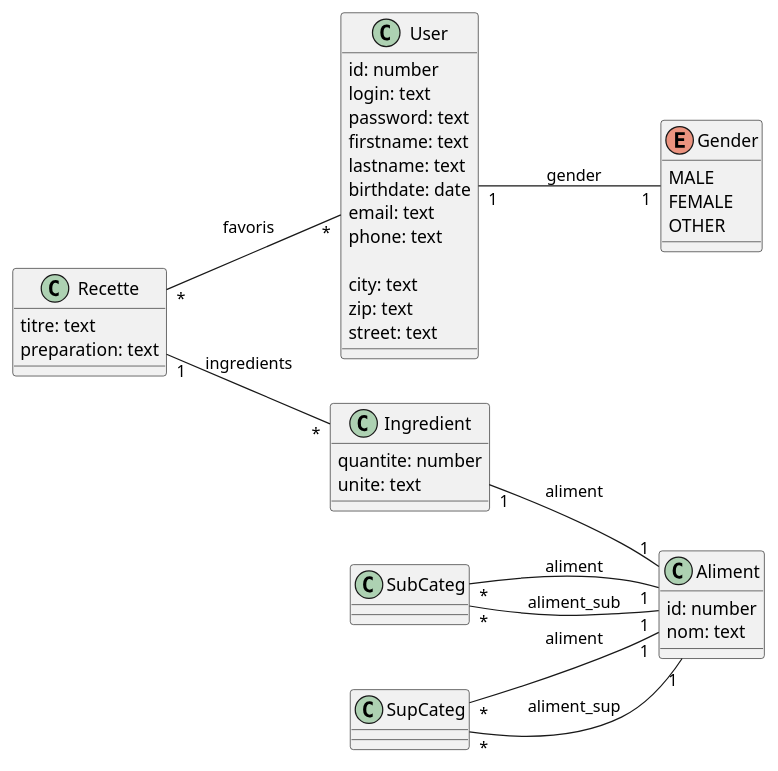
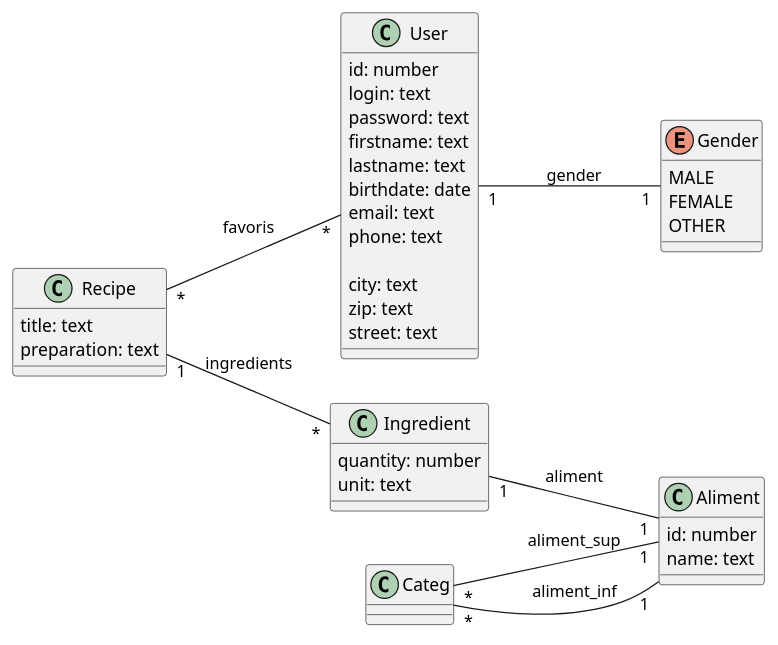
Before and after one commit to ActxLeToucan/fst_l3_web_projet_boissons: the diagram in conception/bdd.puml, drawn with PlantUML. The commit also changed 1 other file, not shown here.

Commit message:
Updated diagram

```diff
--- a/conception/bdd.puml
+++ b/conception/bdd.puml
@@ -1,59 +1,52 @@
 @startuml
 
 left to right direction
 
 enum Gender {
     MALE
     FEMALE
     OTHER
 }
 
 class User {
     id: number
     login: text
     password: text
     firstname: text
     lastname: text
     birthdate: date
     email: text
     phone: text
 
     ' ADRESSE '
     city: text
     zip: text
     street: text
 }
 User "1" -- "1" Gender: gender
 
-class Recette {
-    titre: text
+class Recipe {
+    title: text
     preparation: text
 }
-Recette "1" -- "*" Ingredient: ingredients
+Recipe "1" -- "*" Ingredient: ingredients
+Recipe "*" -- "*" User: favoris
 
 class Ingredient {
-    quantite: number
-    unite: text
+    quantity: number
+    unit: text
 }
 Ingredient "1" -- "1" Aliment: aliment
 
 class Aliment {
     id: number
-    nom: text
+    name: text
 }
 
-class SubCateg {
+class Categ {
 
 }
-SubCateg "*" -- "1" Aliment: aliment
-SubCateg "*" -- "1" Aliment: aliment_sub
-
-class SupCateg {
-
-}
-SupCateg "*" -- "1" Aliment: aliment
-SupCateg "*" -- "1" Aliment: aliment_sup
-
-Recette "*" -- "*" User: favoris
+Categ "*" -- "1" Aliment: aliment_sup
+Categ "*" -- "1" Aliment: aliment_inf
 
 @enduml
```
